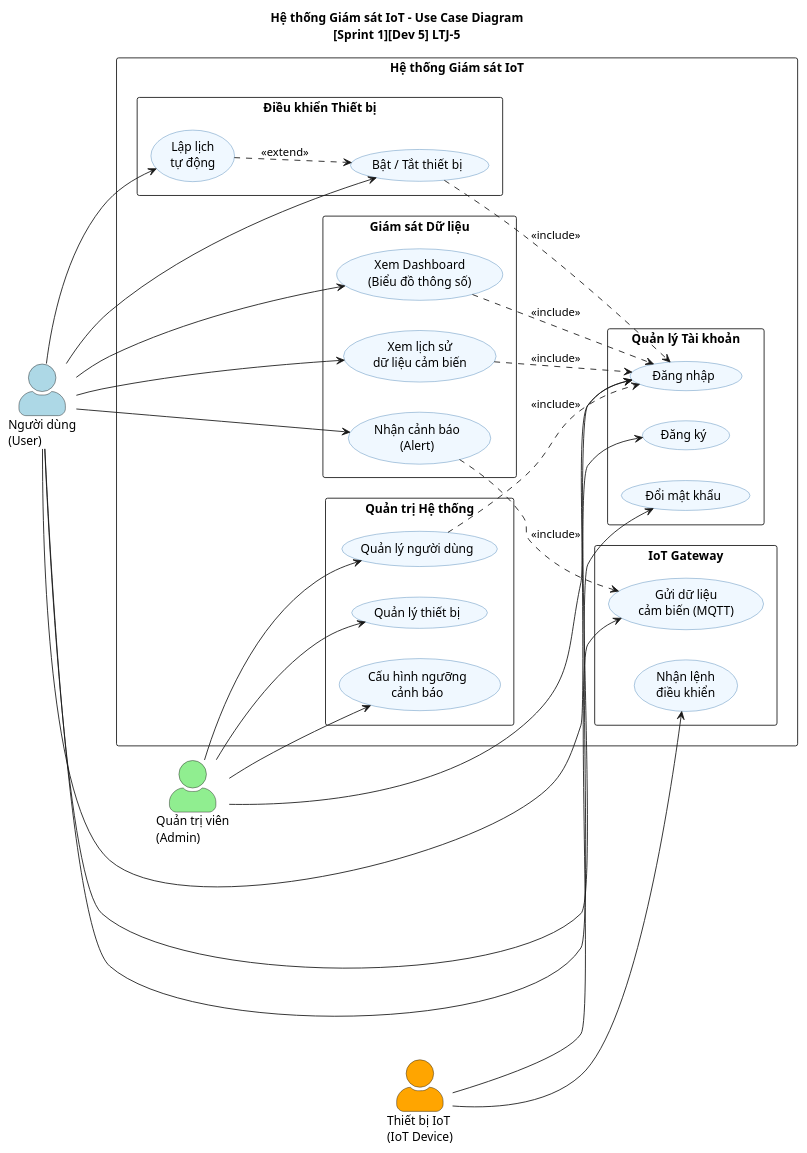
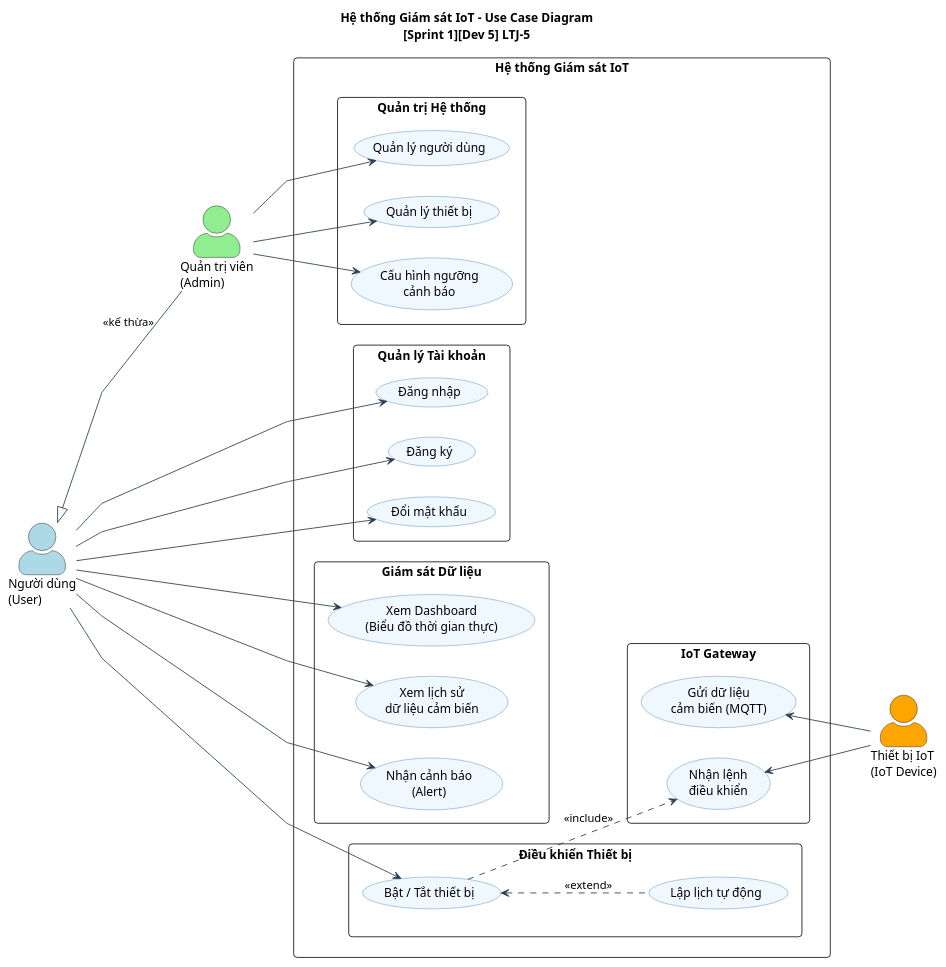
The diagram in docs/UseCase.puml (hocthem711-gif/lap-trinh-java), drawn with PlantUML before and after one commit. The commit also changed 3 other files, not shown here.

```diff
--- a/docs/UseCase.puml
+++ b/docs/UseCase.puml
@@ -1,80 +1,77 @@
 @startuml UseCaseDiagram
 left to right direction
 skinparam actorStyle awesome
 skinparam packageStyle rectangle
+skinparam roundcorner 8
+skinparam shadowing false
+skinparam linetype polyline
+
 skinparam usecase {
     BackgroundColor #F0F8FF
     BorderColor #4682B4
+    ArrowColor #2C3E50
 }
 
 title Hệ thống Giám sát IoT - Use Case Diagram\n[Sprint 1][Dev 5] LTJ-5
 
-' ===== Actors =====
+actor "Quản trị viên\n(Admin)" as Admin #LightGreen
 actor "Người dùng\n(User)" as User #LightBlue
-actor "Quản trị viên\n(Admin)" as Admin #LightGreen
 actor "Thiết bị IoT\n(IoT Device)" as IoT #Orange
 
-' ===== Hệ thống =====
 rectangle "Hệ thống Giám sát IoT" {
 
-    ' --- Quản lý tài khoản ---
+    package "Quản trị Hệ thống" {
+        usecase "Quản lý người dùng" as UC9
+        usecase "Quản lý thiết bị" as UC10
+        usecase "Cấu hình ngưỡng\ncảnh báo" as UC11
+    }
+
     package "Quản lý Tài khoản" {
         usecase "Đăng nhập" as UC1
         usecase "Đăng ký" as UC2
         usecase "Đổi mật khẩu" as UC3
     }
 
-    ' --- Giám sát ---
     package "Giám sát Dữ liệu" {
-        usecase "Xem Dashboard\n(Biểu đồ thông số)" as UC4
+        usecase "Xem Dashboard\n(Biểu đồ thời gian thực)" as UC4
         usecase "Xem lịch sử\ndữ liệu cảm biến" as UC5
         usecase "Nhận cảnh báo\n(Alert)" as UC6
     }
 
-    ' --- Điều khiển thiết bị ---
     package "Điều khiển Thiết bị" {
         usecase "Bật / Tắt thiết bị" as UC7
-        usecase "Lập lịch\ntự động" as UC8
+        usecase "Lập lịch tự động" as UC8
     }
 
-    ' --- Quản trị ---
-    package "Quản trị Hệ thống" {
-        usecase "Quản lý người dùng" as UC9
-        usecase "Quản lý thiết bị" as UC10
-        usecase "Cấu hình ngưỡng\ncảnh báo" as UC11
-    }
-
-    ' --- IoT ---
     package "IoT Gateway" {
         usecase "Gửi dữ liệu\ncảm biến (MQTT)" as UC12
         usecase "Nhận lệnh\nđiều khiển" as UC13
     }
 }
 
-' ===== Quan hệ Actor -> Use Case =====
+' Phân cấp vai trò: Admin kế thừa User
+User <|-- Admin : <<kế thừa>>
+
+' Tương tác Quản trị viên
+Admin --> UC9
+Admin --> UC10
+Admin --> UC11
+
+' Tương tác Người dùng
 User --> UC1
 User --> UC2
 User --> UC3
 User --> UC4
 User --> UC5
 User --> UC6
 User --> UC7
-User --> UC8
 
-Admin --> UC1
-Admin --> UC9
-Admin --> UC10
-Admin --> UC11
+' Tương tác Thiết bị IoT (từ bên phải sang)
+UC12 <-- IoT
+UC13 <-- IoT
 
-IoT --> UC12
-IoT --> UC13
-
-' ===== Quan hệ giữa Use Case =====
-UC4 ..> UC1 : <<include>>
-UC5 ..> UC1 : <<include>>
-UC7 ..> UC1 : <<include>>
-UC9 ..> UC1 : <<include>>
-UC8 ..> UC7 : <<extend>>
-UC6 ..> UC12 : <<include>>
+' Quan hệ giữa các Use Case
+UC8 .up.> UC7 : <<extend>>
+UC7 ..> UC13 : <<include>>
 
 @enduml
```
